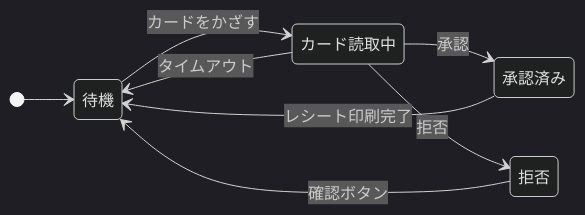
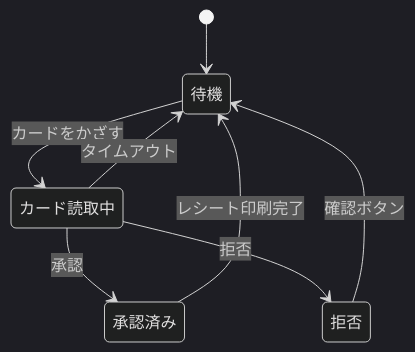
One commit to ozaki25/jstqb-foundation-training-ozaki25 changed the second of 2 diagrams in sites/al-ta/docs/lessons/lesson14/index.md. Above: the diagram before and after it, drawn with Mermaid (dark theme). The commit also changed other lines of this file and 8 other files, not shown here.

First line of the commit message:
AL-TA: レッスンの図をスマホ幅に収める（lesson14〜27）

````diff
--- a/sites/al-ta/docs/lessons/lesson14/index.md
+++ b/sites/al-ta/docs/lessons/lesson14/index.md
@@ -176,15 +176,14 @@
 ```mermaid
 stateDiagram-v2
-    direction LR
     state "待機" as I
     state "カード読取中" as R
     state "承認済み" as OK
     state "拒否" as NG
     [*] --> I
     I --> R : カードをかざす
     R --> I : タイムアウト
     R --> OK : 承認
     R --> NG : 拒否
     OK --> I : レシート印刷完了
     NG --> I : 確認ボタン
 ```
````
